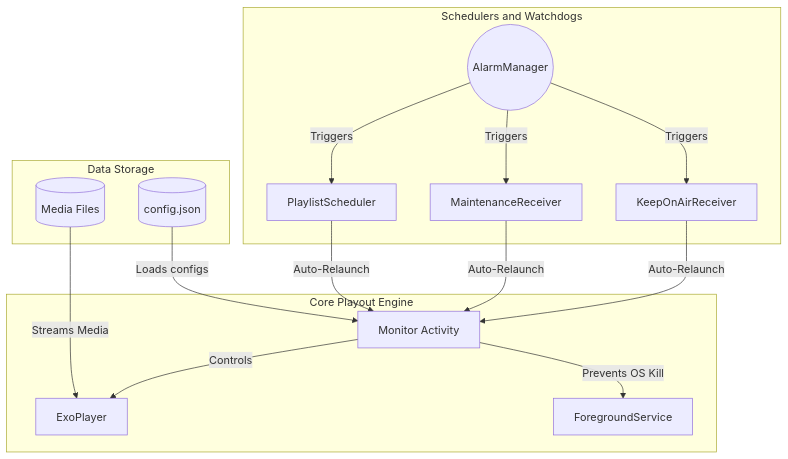
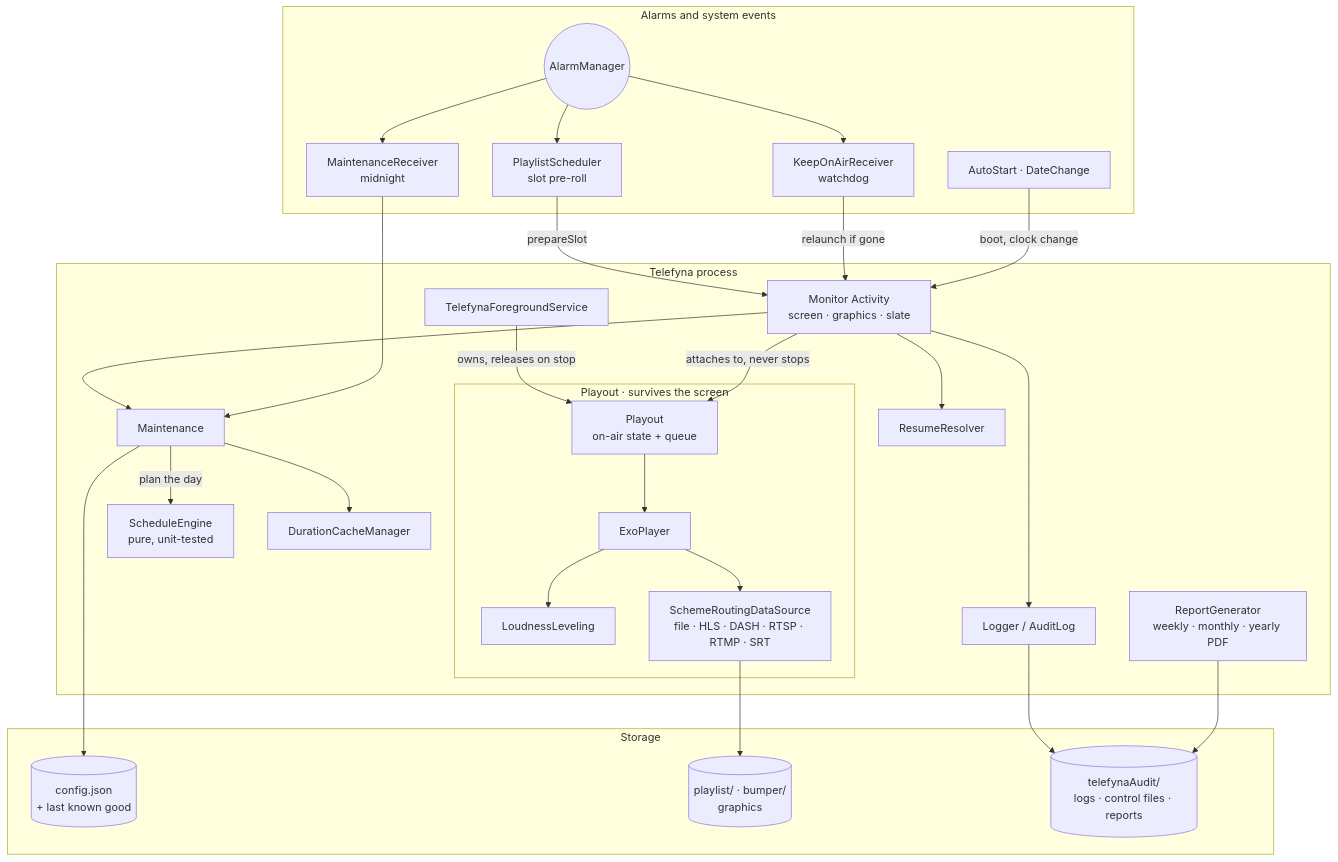
Before and after one commit to Muta-Jonathan/Telefyna-Kotlin-Application: the diagram in README.md, drawn with Mermaid. The commit also changed other lines of this file, not shown here.

Commit message:
docs: update README architecture for Playout, ScheduleEngine and queue-based switching

````diff
--- a/README.md
+++ b/README.md
@@ -207,34 +207,56 @@
 ```mermaid
 graph TD
-    subgraph Core_Playout_Engine [Core Playout Engine]
-        M[Monitor Activity]
-        P[ExoPlayer]
-        FS[ForegroundService]
+    subgraph Storage [Storage]
+        Cfg[(config.json<br/>+ last known good)]
+        Media[(playlist/ · bumper/<br/>graphics)]
+        Audit[(telefynaAudit/<br/>logs · control files · reports)]
     end
 
-    subgraph Schedulers_Watchdogs [Schedulers and Watchdogs]
-        AM((AlarmManager))
-        PS[PlaylistScheduler]
-        MR[MaintenanceReceiver]
-        KOA[KeepOnAirReceiver]
+    subgraph Process [Telefyna process]
+        FS[TelefynaForegroundService]
+        subgraph Playout_Core [Playout · survives the screen]
+            PO[Playout<br/>on-air state + queue]
+            P[ExoPlayer]
+            LL[LoudnessLeveling]
+            SR[SchemeRoutingDataSource<br/>file · HLS · DASH · RTSP · RTMP · SRT]
+        end
+        M[Monitor Activity<br/>screen · graphics · slate]
+        SE[ScheduleEngine<br/>pure, unit-tested]
+        MT[Maintenance]
+        DC[DurationCacheManager]
+        RR[ResumeResolver]
+        LG[Logger / AuditLog]
+        RG[ReportGenerator<br/>weekly · monthly · yearly PDF]
     end
 
-    subgraph Data_Storage [Data Storage]
-        Cfg[(config.json)]
-        Ply[(Media Files)]
+    subgraph Triggers [Alarms and system events]
+        AM((AlarmManager))
+        PS[PlaylistScheduler<br/>slot pre-roll]
+        MR[MaintenanceReceiver<br/>midnight]
+        KOA[KeepOnAirReceiver<br/>watchdog]
+        AS[AutoStart · DateChange]
     end
 
-    Cfg -->|Loads configs| M
-    Ply -->|Streams Media| P
+    FS -->|owns, releases on stop| PO
+    PO --> P
+    P --> LL
+    P --> SR
+    SR --> Media
+    M -->|attaches to, never stops| PO
+    M --> MT
+    MT -->|plan the day| SE
+    MT --> Cfg
+    MT --> DC
+    M --> RR
+    M --> LG
+    LG --> Audit
+    RG --> Audit
 
-    M -->|Controls| P
-    M -->|Prevents OS Kill| FS
-
-    AM -->|Triggers| PS
-    AM -->|Triggers| MR
-    AM -->|Triggers| KOA
-
-    PS -->|Auto-Relaunch| M
-    MR -->|Auto-Relaunch| M
-    KOA -->|Auto-Relaunch| M
+    AM --> PS
+    AM --> MR
+    AM --> KOA
+    PS -->|prepareSlot| M
+    MR --> MT
+    KOA -->|relaunch if gone| M
+    AS -->|boot, clock change| M
 ```
````
